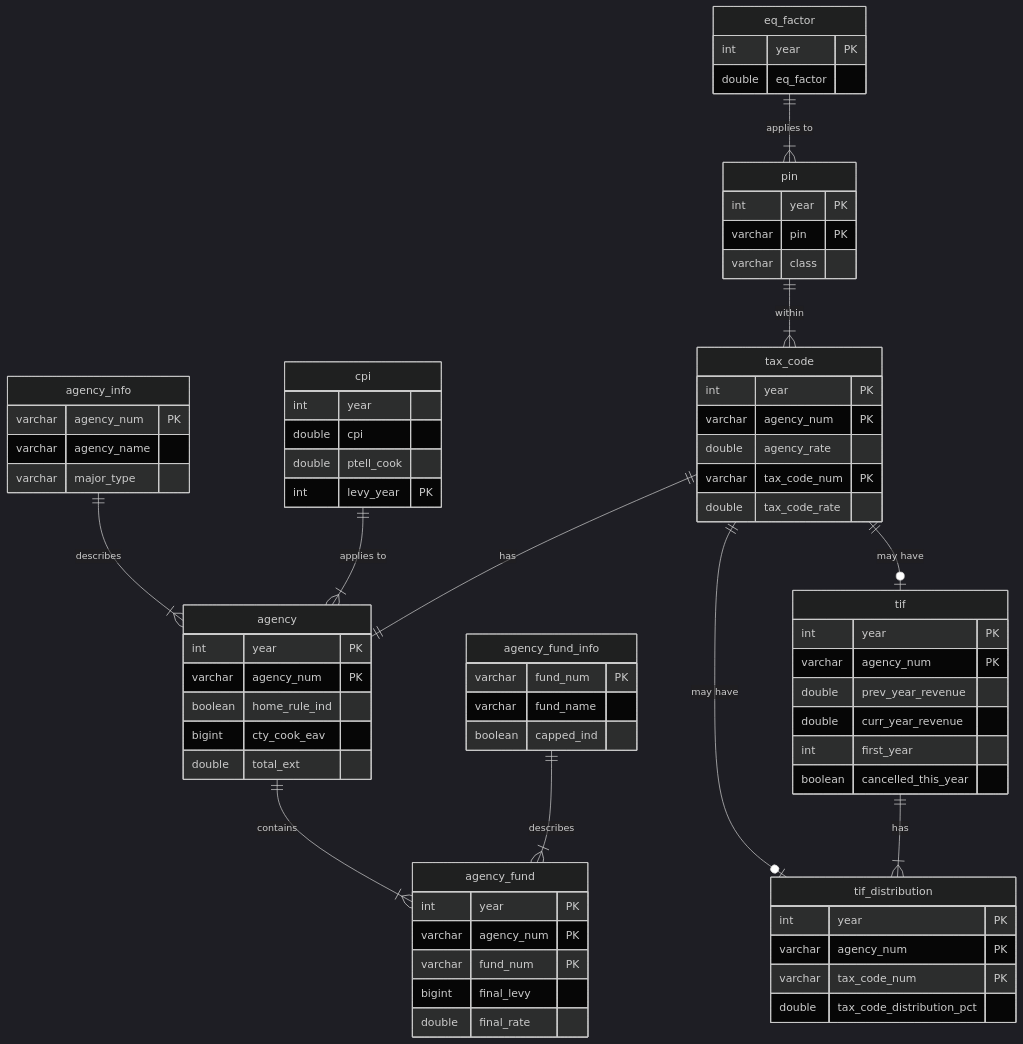
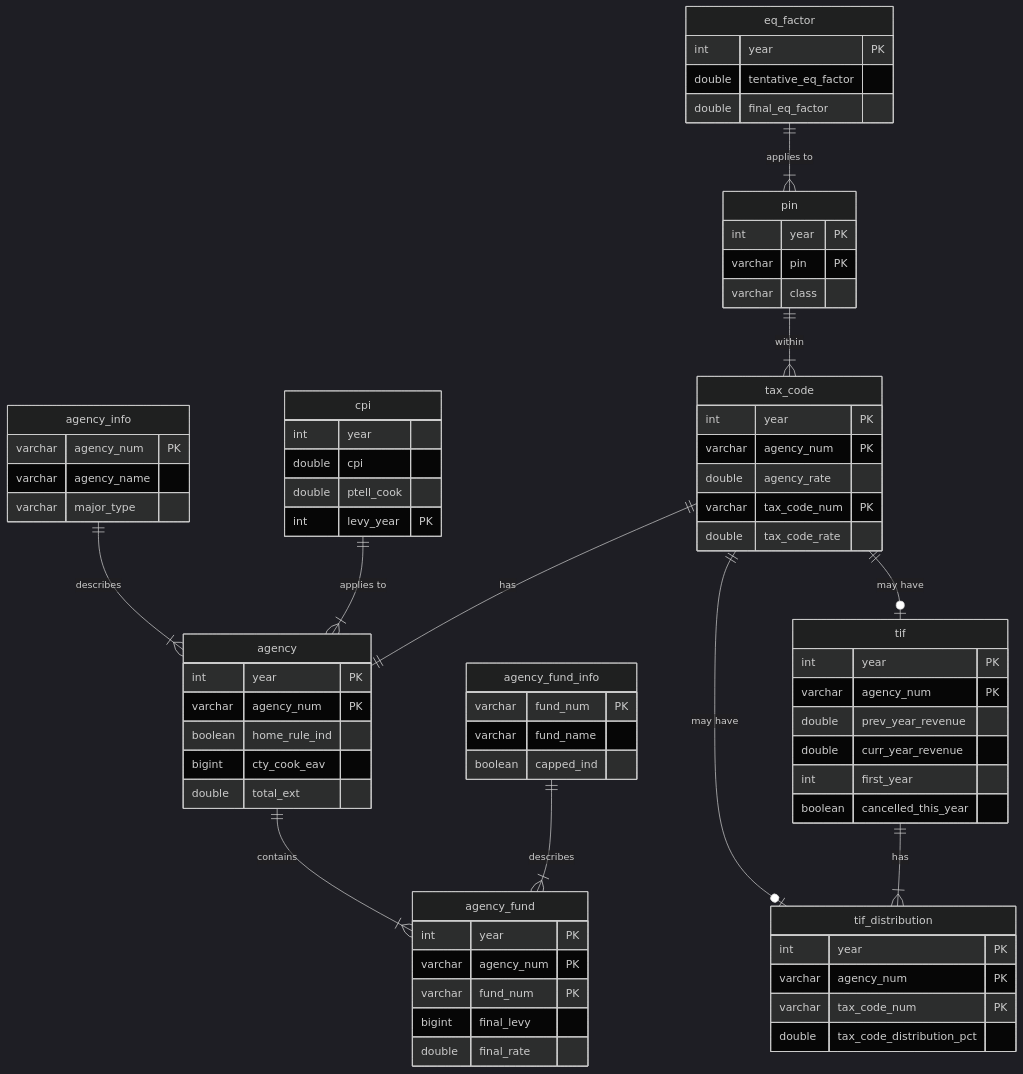
One commit to ccao-data/ptaxsim changed the second of 2 diagrams in README.Rmd. Above: the diagram before and after it, drawn with Mermaid (dark theme). The commit also changed other lines of this file and 2 other files, not shown here.

Commit message:
Add tentative_eq_factor column to database ERDs

```diff
--- a/README.Rmd
+++ b/README.Rmd
@@ -398,7 +399,8 @@
 
   eq_factor {
     int     year               PK
-    double  eq_factor
+    double  tentative_eq_factor
+    double  final_eq_factor
   }
 
   pin {
```
